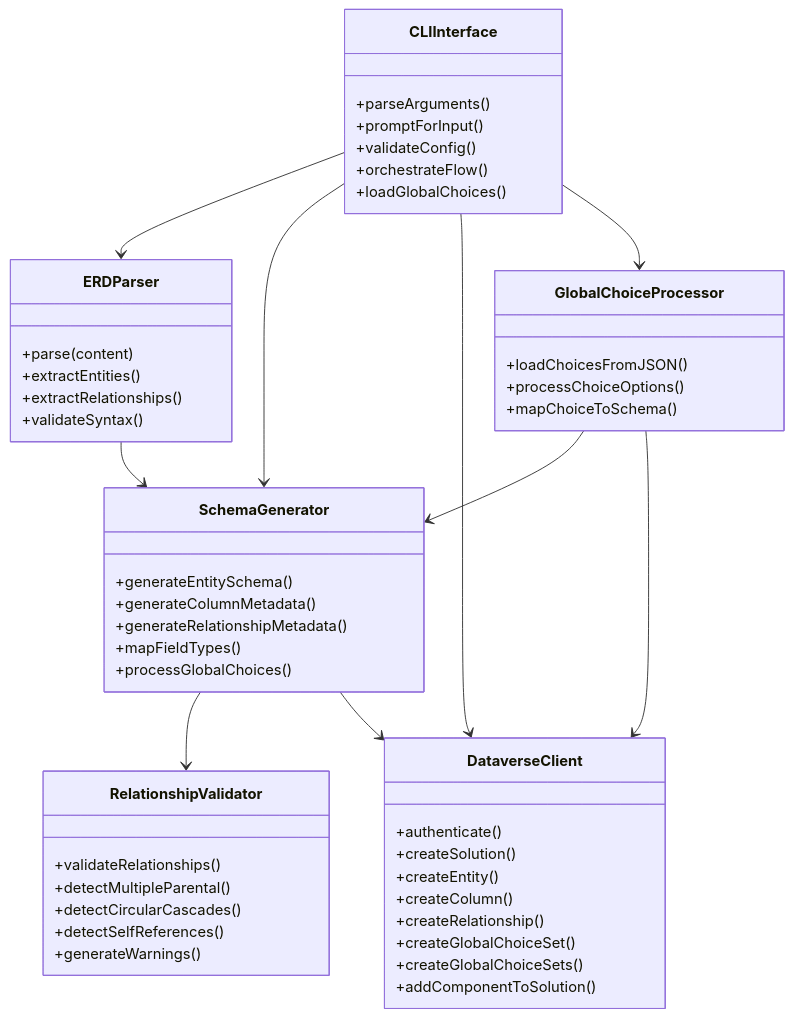
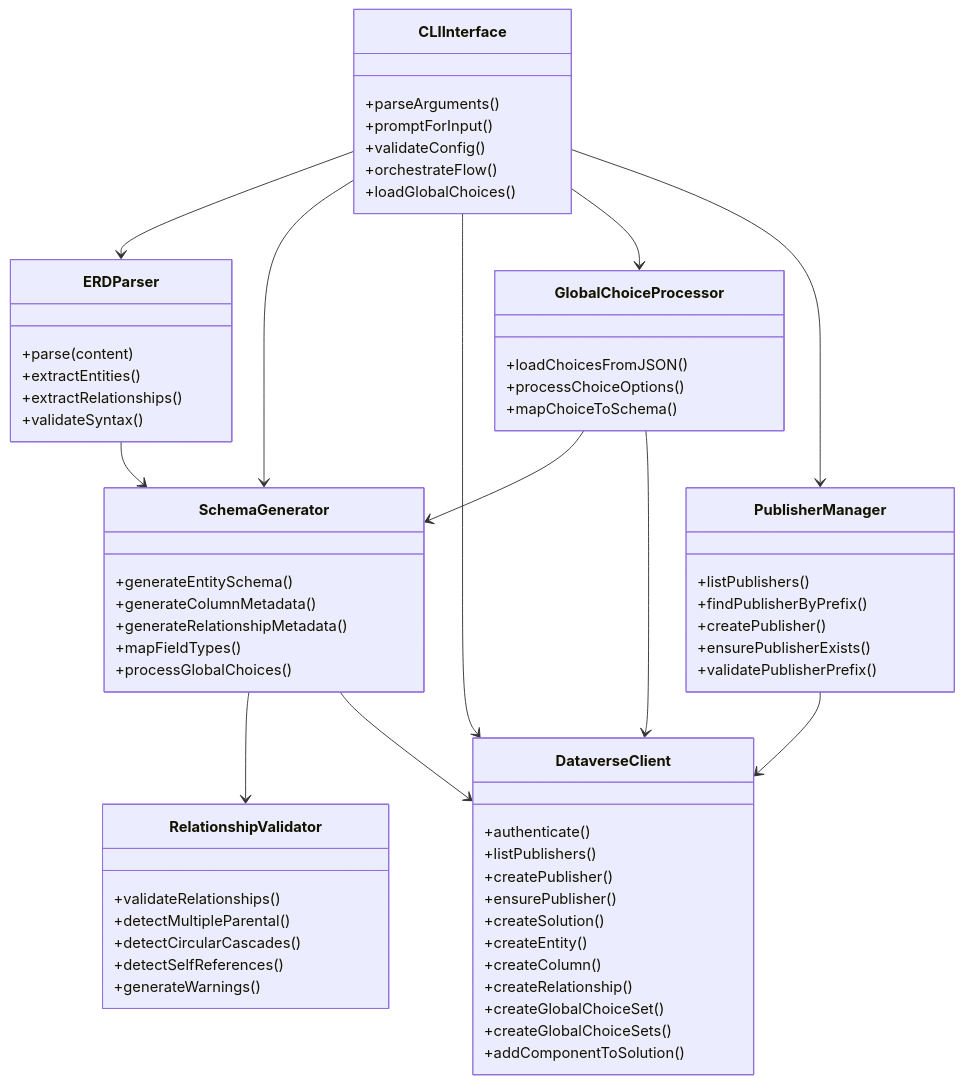
The third of 3 diagrams in docs/ARCHITECTURE.md (LuiseFreese/mermaid), drawn with Mermaid before and after one commit. The commit also changed other lines of this file, not shown here.

Commit message:
:memo: adds docs for publisher management

````diff
--- a/docs/ARCHITECTURE.md
+++ b/docs/ARCHITECTURE.md
@@ -99,60 +117,73 @@
 ```mermaid
 classDiagram
     class CLIInterface {
         +parseArguments()
         +promptForInput()
         +validateConfig()
         +orchestrateFlow()
         +loadGlobalChoices()
     }
     
     class ERDParser {
         +parse(content)
         +extractEntities()
         +extractRelationships()
         +validateSyntax()
     }
     
     class SchemaGenerator {
         +generateEntitySchema()
         +generateColumnMetadata()
         +generateRelationshipMetadata()
         +mapFieldTypes()
         +processGlobalChoices()
     }
     
     class RelationshipValidator {
         +validateRelationships()
         +detectMultipleParental()
         +detectCircularCascades()
         +detectSelfReferences()
         +generateWarnings()
     }
     
     class DataverseClient {
         +authenticate()
+        +listPublishers()
+        +createPublisher()
+        +ensurePublisher()
         +createSolution()
         +createEntity()
         +createColumn()
         +createRelationship()
         +createGlobalChoiceSet()
         +createGlobalChoiceSets()
         +addComponentToSolution()
     }
     
     class GlobalChoiceProcessor {
         +loadChoicesFromJSON()
         +processChoiceOptions()
         +mapChoiceToSchema()
     }
     
+    class PublisherManager {
+        +listPublishers()
+        +findPublisherByPrefix()
+        +createPublisher()
+        +ensurePublisherExists()
+        +validatePublisherPrefix()
+    }
+    
     CLIInterface --> ERDParser
     CLIInterface --> SchemaGenerator
     CLIInterface --> DataverseClient
     CLIInterface --> GlobalChoiceProcessor
+    CLIInterface --> PublisherManager
     ERDParser --> SchemaGenerator
     SchemaGenerator --> RelationshipValidator
     SchemaGenerator --> DataverseClient
     GlobalChoiceProcessor --> SchemaGenerator
     GlobalChoiceProcessor --> DataverseClient
+    PublisherManager --> DataverseClient
 ```
````
